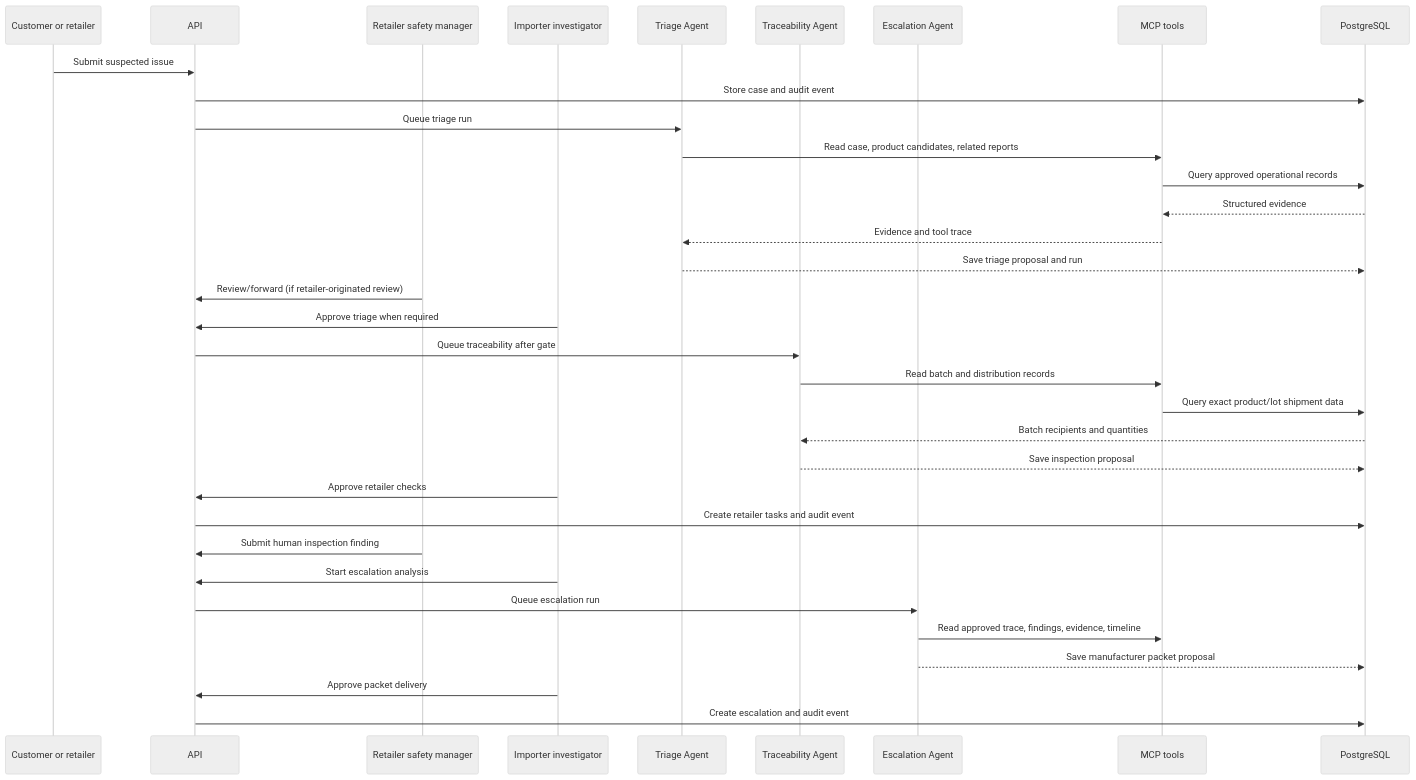
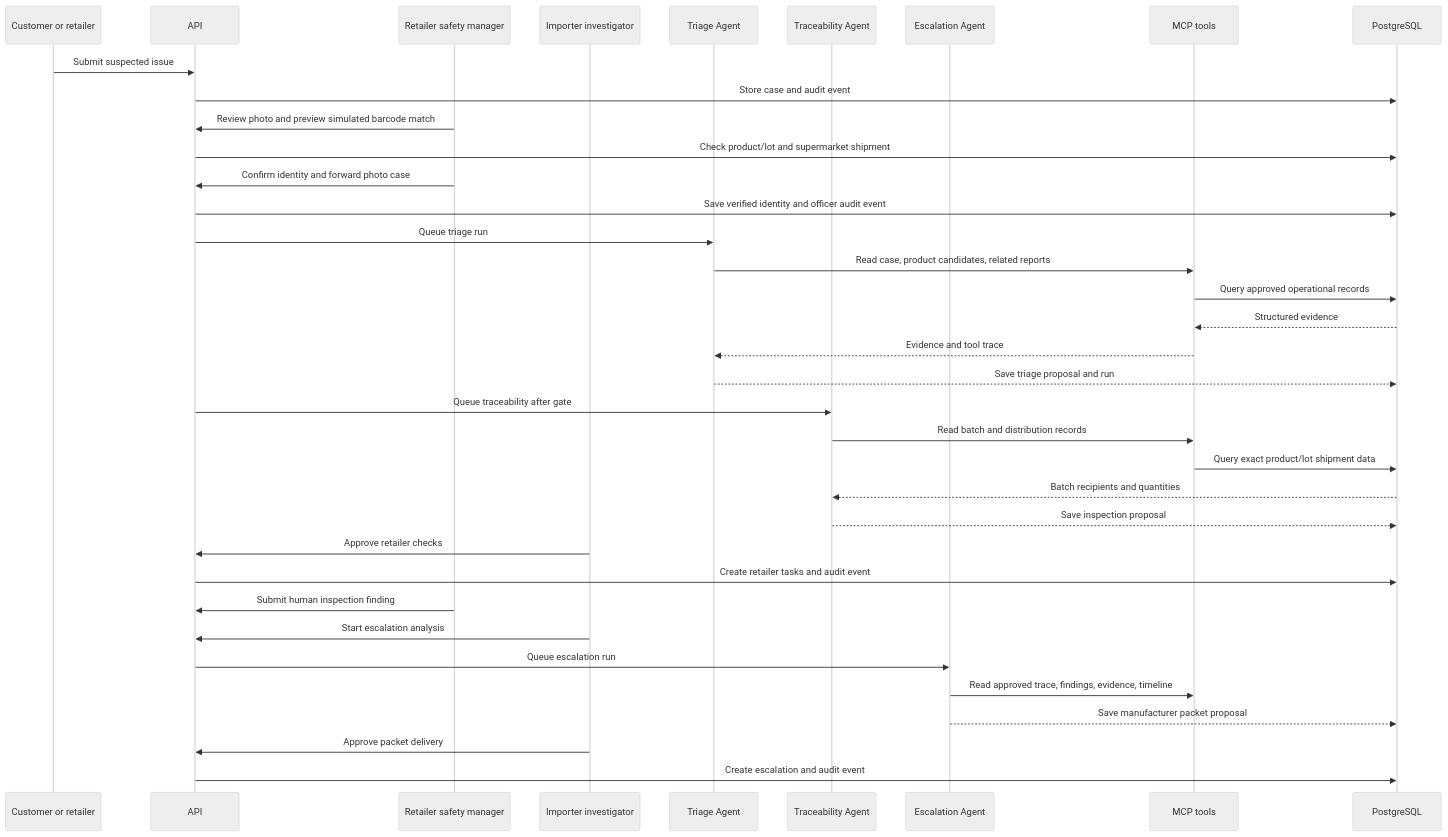
One commit to Abubakar123421/agentica changed the second of 2 diagrams in batchbridge/ARCHITECTURE.md. Above: the diagram before and after it, drawn with Mermaid (neutral theme). The commit also changed other lines of this file and 38 other files, not shown here.

````diff
--- a/batchbridge/ARCHITECTURE.md
+++ b/batchbridge/ARCHITECTURE.md
@@ -55,37 +57,39 @@
 ```mermaid
 sequenceDiagram
     participant U as Customer or retailer
     participant A as API
     participant R as Retailer safety manager
     participant H as Importer investigator
     participant T as Triage Agent
     participant X as Traceability Agent
     participant E as Escalation Agent
     participant Q as MCP tools
     participant D as PostgreSQL
 
     U->>A: Submit suspected issue
     A->>D: Store case and audit event
+    R->>A: Review photo and preview simulated barcode match
+    A->>D: Check product/lot and supermarket shipment
+    R->>A: Confirm identity and forward photo case
+    A->>D: Save verified identity and officer audit event
     A->>T: Queue triage run
     T->>Q: Read case, product candidates, related reports
     Q->>D: Query approved operational records
     D-->>Q: Structured evidence
     Q-->>T: Evidence and tool trace
     T-->>D: Save triage proposal and run
-    R->>A: Review/forward (if retailer-originated review)
-    H->>A: Approve triage when required
     A->>X: Queue traceability after gate
     X->>Q: Read batch and distribution records
     Q->>D: Query exact product/lot shipment data
     D-->>X: Batch recipients and quantities
     X-->>D: Save inspection proposal
     H->>A: Approve retailer checks
     A->>D: Create retailer tasks and audit event
     R->>A: Submit human inspection finding
     H->>A: Start escalation analysis
     A->>E: Queue escalation run
     E->>Q: Read approved trace, findings, evidence, timeline
     E-->>D: Save manufacturer packet proposal
     H->>A: Approve packet delivery
     A->>D: Create escalation and audit event
 ```
````
